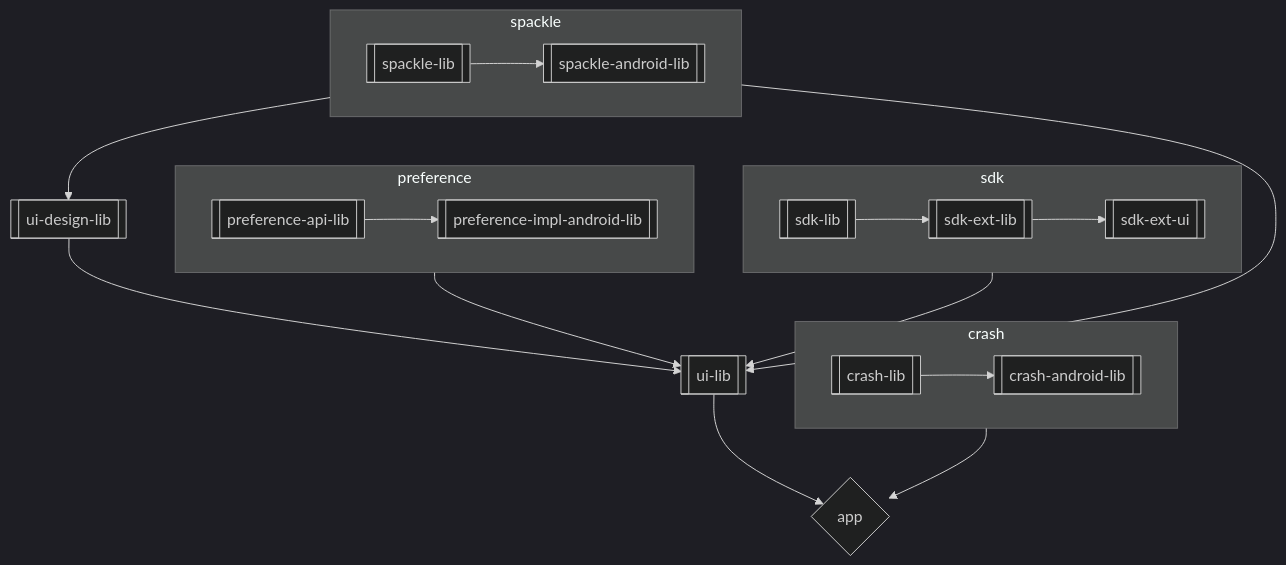
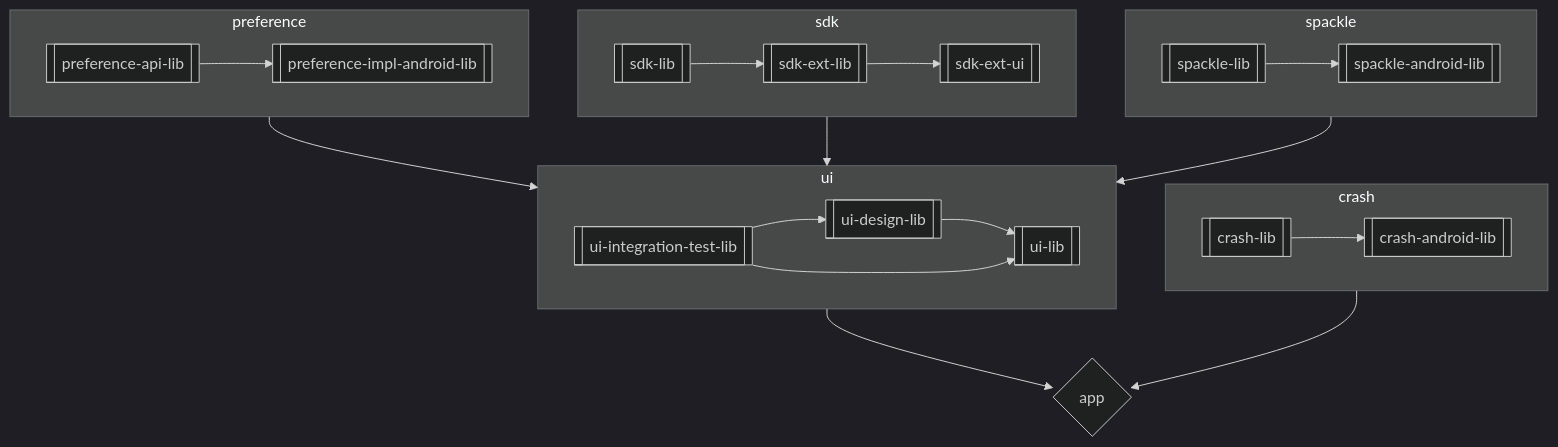
The diagram in docs/Architecture.md (Electric-Coin-Company/zashi-android), drawn with Mermaid (dark theme) before and after one commit. The commit also changed other lines of this file, not shown here.

Commit message:
Update Architecture documentation.
- Removed extra blank space in ui-design module definition.
- Add ui-integration-test-lib.
- Update Mermaid diagram with newly added module.
- Move UI modules into one wrap in the diagram.

````diff
--- a/docs/Architecture.md
+++ b/docs/Architecture.md
@@ -48,31 +49,37 @@
 ```mermaid
   flowchart TB;
       subgraph sdk
           sdkLib[[sdk-lib]];
           sdkExtLib[[sdk-ext-lib]];
           sdkExtUi[[sdk-ext-ui]];
       end
       sdkLib[[sdk-lib]] --> sdkExtLib[[sdk-ext-lib]] --> sdkExtUi[[sdk-ext-ui]];
       subgraph preference
           preferenceApiLib[[preference-api-lib]];
           preferenceImplAndroidLib[[preference-impl-android-lib]];
       end
       preferenceApiLib[[preference-api-lib]] --> preferenceImplAndroidLib[[preference-impl-android-lib]];
       subgraph crash
           crashLib[[crash-lib]];
           crashAndroidLib[[crash-android-lib]];
       end
       crashLib[[crash-lib]] --> crashAndroidLib[[crash-android-lib]];
+      subgraph ui
+          uiDesignLib[[ui-design-lib]];
+          uiLib[[ui-lib]];
+          uiIntegrationTestLib[[ui-integration-test-lib]];
+      end
+      uiDesignLib[[ui-design-lib]] --> uiLib[[ui-lib]];
+      uiIntegrationTestLib[[ui-integration-test-lib]] --> uiLib[[ui-lib]];
+      uiIntegrationTestLib[[ui-integration-test-lib]] --> uiDesignLib[[ui-design-lib]];
       subgraph spackle
           spackleLib[[spackle-lib]];
           spackleAndroidLib[[spackle-android-lib]];
       end
       spackleLib[[spackle-lib]] --> spackleAndroidLib[[spackle-android-lib]];
-      preference --> uiLib[[ui-lib]];
-      sdk --> uiLib[[ui-lib]];
-      spackle[[spackle]] --> uiDesignLib[[ui-design-lib]];
-      spackle[[spackle]] --> uiLib[[ui-lib]];
-      uiDesignLib[[ui-design-lib]] --> uiLib[[ui-lib]];
+      preference --> ui[[ui]];
+      sdk --> ui[[ui]];
+      spackle[[spackle]] --> ui[[ui]];
+      ui[[ui]] --> app{app};
       crash[[crash]] --> app{app};
-      uiLib[[ui-lib]] --> app{app};
 ```
````
